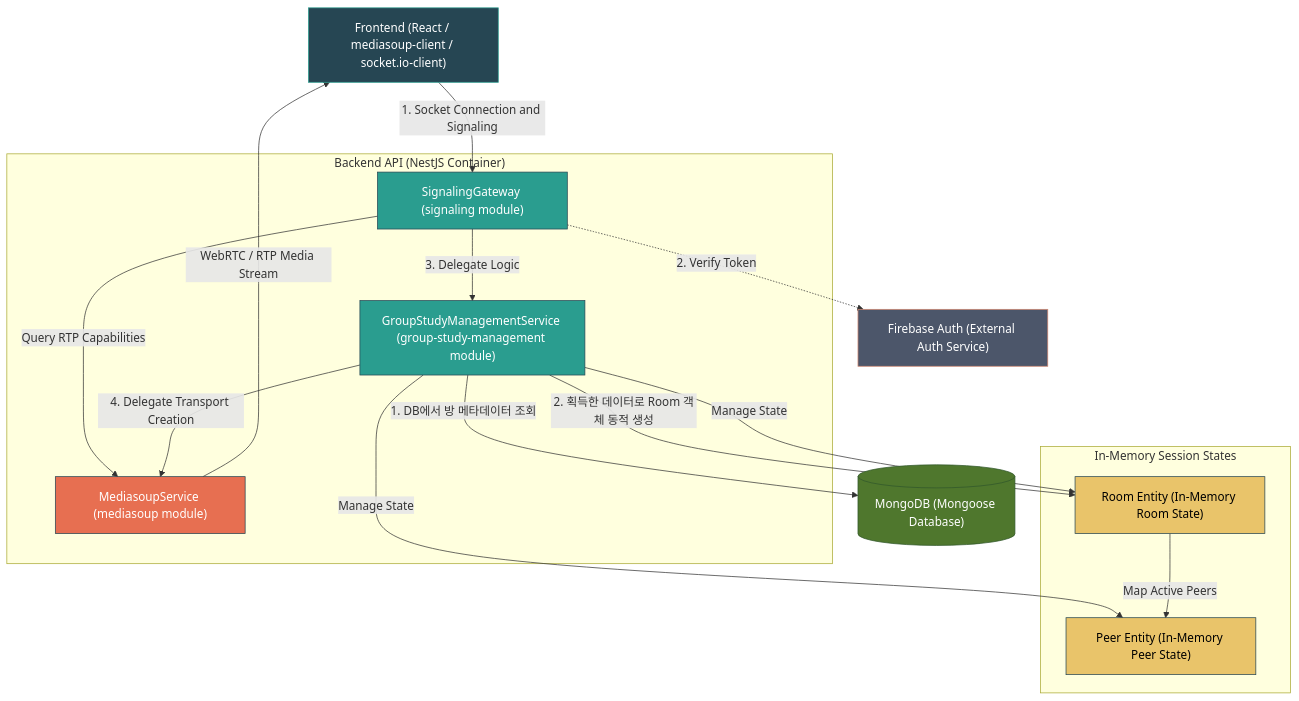
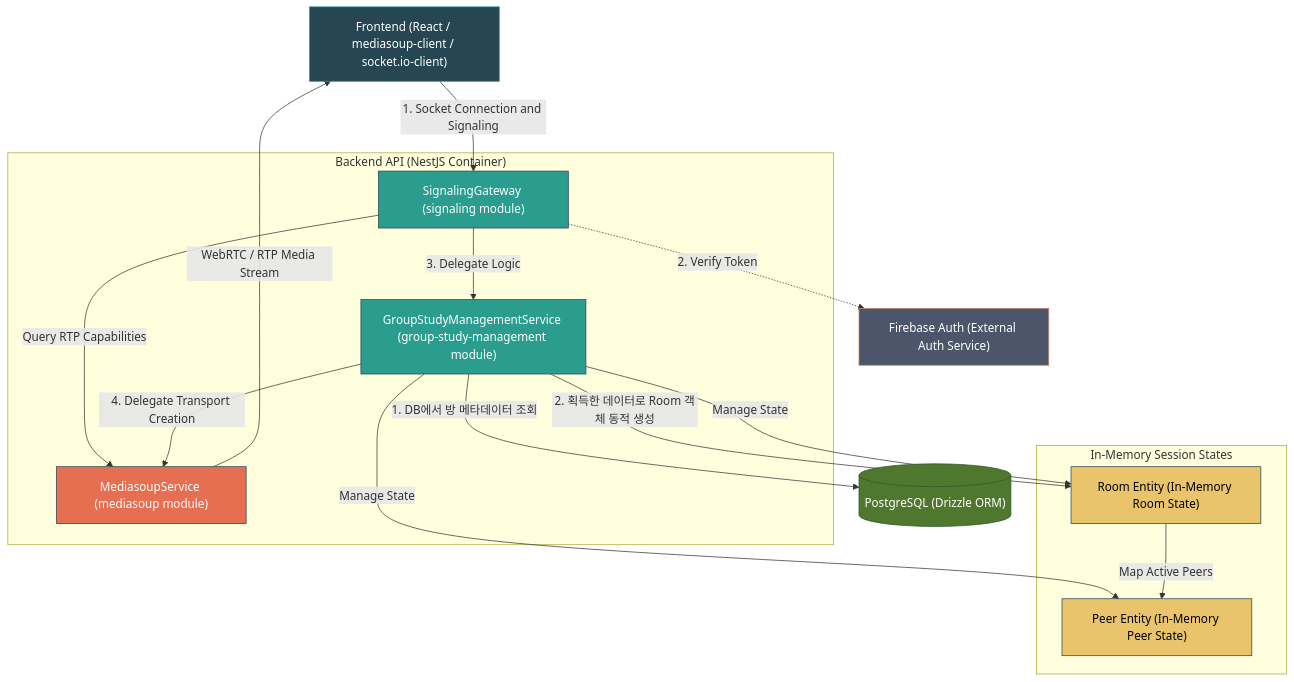
The third of 3 diagrams in docs/introduction.md (Yonghwan-Song/pomodoro-doc), drawn with Mermaid before and after one commit. The commit also changed other lines of this file and 2 other files, not shown here.

Commit message:
Fix stale database and hosting references in the docs
- Update the C2/C3 diagrams to PostgreSQL + Drizzle, which the tech
  stack section on the same page already stated
- Drop the C1 style rule for a STUN node that does not exist; this
  project uses host candidates only
- Point the Todoist OAuth sequence at PostgreSQL and replace the
  render.com note with the GCP single VM instance it now runs on,
  spelling out that the in-memory state map depends on that premise
- Mark the data flow page as written before the PostgreSQL migration
  and link to the database doc for the current schema

````diff
--- a/docs/introduction.md
+++ b/docs/introduction.md
@@ -361,47 +360,47 @@
 ```mermaid
     flowchart TD
         %% 외부 서비스 및 클라이언트 정의
         Frontend["Frontend (React / mediasoup-client / socket.io-client)"]
         FirebaseAuth["Firebase Auth (External Auth Service)"]
-        MongoDB[("MongoDB (Mongoose Database)")]
+        Postgres[("PostgreSQL (Drizzle ORM)")]
 
         %% 백엔드 API (서브그래프 중첩 제거)
         subgraph Backend ["Backend API (NestJS Container)"]
             Gateway["SignalingGateway (signaling module)"]
             GroupService["GroupStudyManagementService (group-study-management module)"]
             MediasoupSvc["MediasoupService (mediasoup module)"]
         end
 
         %% 인메모리 상태 세션 (별도 서브그래프로 분리)
         subgraph Memory ["In-Memory Session States"]
             RoomEntity["Room Entity (In-Memory Room State)"]
             PeerEntity["Peer Entity (In-Memory Peer State)"]
         end
 
         %% 연결선 정의 (가장 표준적인 -->|라벨| 문법 사용)
         Frontend -->|1. Socket Connection and Signaling| Gateway
         Gateway -.->|2. Verify Token| FirebaseAuth
 
         Gateway -->|3. Delegate Logic| GroupService
         Gateway -->|Query RTP Capabilities| MediasoupSvc
 
         GroupService -->|4. Delegate Transport Creation| MediasoupSvc
-        GroupService -->|1. DB에서 방 메타데이터 조회| MongoDB
+        GroupService -->|1. DB에서 방 메타데이터 조회| Postgres
         GroupService -->|2. 획득한 데이터로 Room 객체 동적 생성| RoomEntity
 
         GroupService -->|Manage State| RoomEntity
         GroupService -->|Manage State| PeerEntity
         RoomEntity -->|Map Active Peers| PeerEntity
 
         MediasoupSvc -->|WebRTC / RTP Media Stream| Frontend
 
         %% 스타일 정의 (가장 호환성 높은 속성만 사용)
         style Frontend fill:#264653,stroke:#2a9d8f,color:#fff
         style FirebaseAuth fill:#4c566a,stroke:#d08770,color:#fff
         style Gateway fill:#2a9d8f,stroke:#264653,color:#fff
         style GroupService fill:#2a9d8f,stroke:#264653,color:#fff
         style MediasoupSvc fill:#e76f51,stroke:#264653,color:#fff
         style RoomEntity fill:#e9c46a,stroke:#264653,color:#000
         style PeerEntity fill:#e9c46a,stroke:#264653,color:#000
-        style MongoDB fill:#4f772d,stroke:#31572c,color:#fff
+        style Postgres fill:#4f772d,stroke:#31572c,color:#fff
 ```
````
